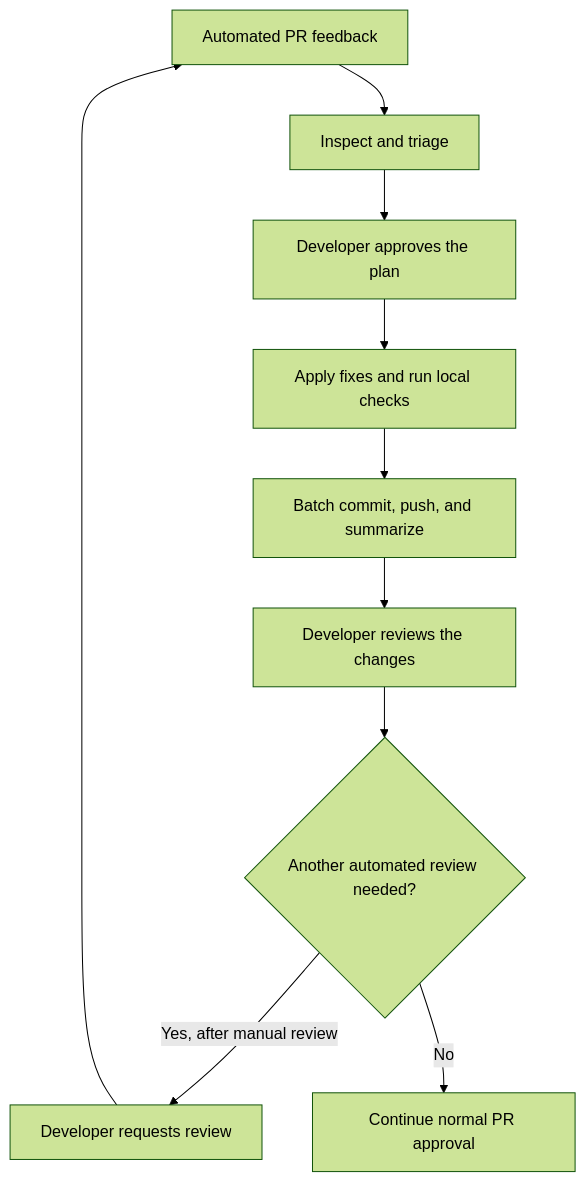
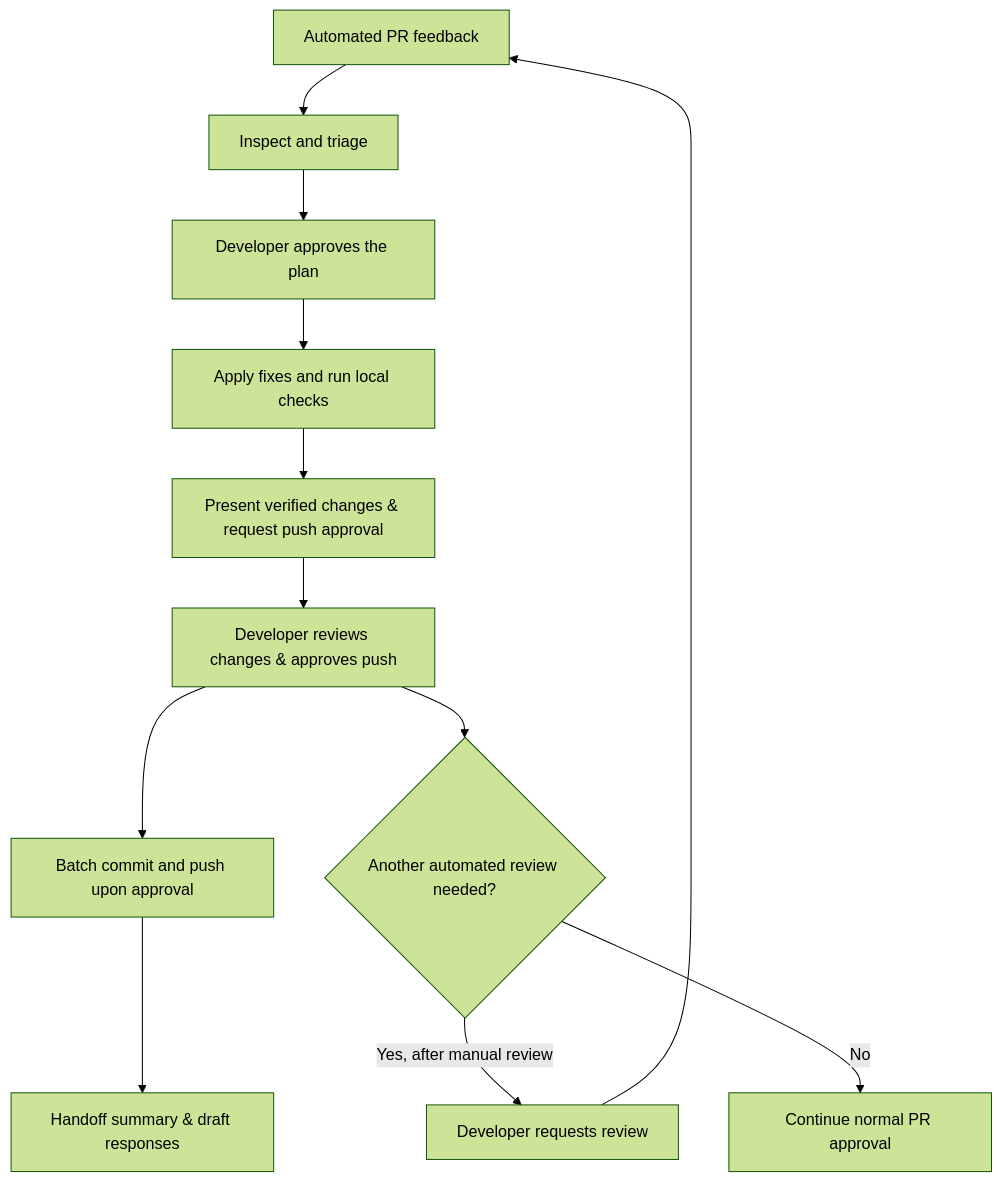
Before and after one commit to e-picsa/docs: the diagram in app/ai-best-practices/pr-feedback/page.mdx, drawn with Mermaid (forest theme). The commit also changed other lines of this file, not shown here.

Commit message:
docs: clarify review freshness check and conditional push

````diff
--- a/app/ai-best-practices/pr-feedback/page.mdx
+++ b/app/ai-best-practices/pr-feedback/page.mdx
@@ -82,12 +83,14 @@
 ```mermaid
 flowchart TD
   feedback["Automated PR feedback"] --> triage["Inspect and triage"]
   triage --> approval["Developer approves the plan"]
   approval --> fixes["Apply fixes and run local checks"]
-  fixes --> delivery["Batch commit, push, and summarize"]
-  delivery --> human["Developer reviews the changes"]
+  fixes --> delivery["Present verified changes & request push approval"]
+  delivery --> human["Developer reviews changes & approves push"]
+  human --> pushStep["Batch commit and push upon approval"]
+  pushStep --> handoff["Handoff summary & draft responses"]
   human --> decision{"Another automated review needed?"}
   decision -->|"Yes, after manual review"| request["Developer requests review"]
   request --> feedback
   decision -->|"No"| proceed["Continue normal PR approval"]
 ```
````
